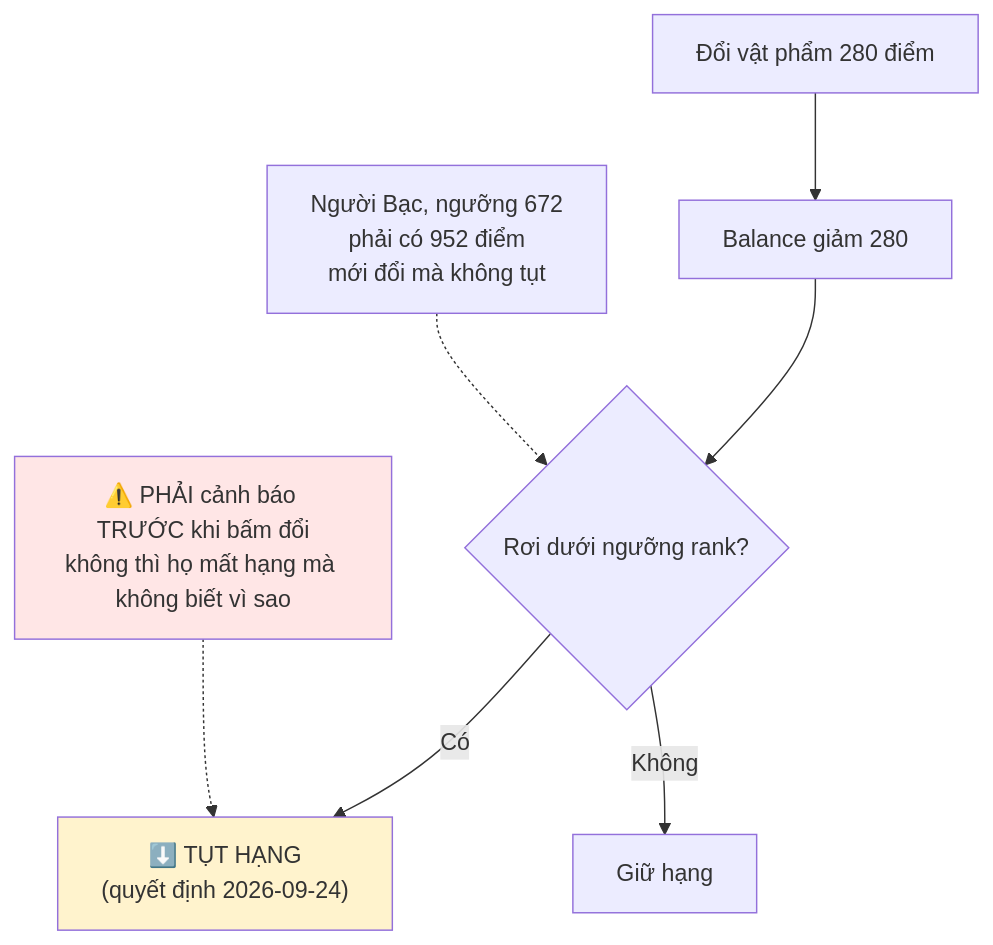
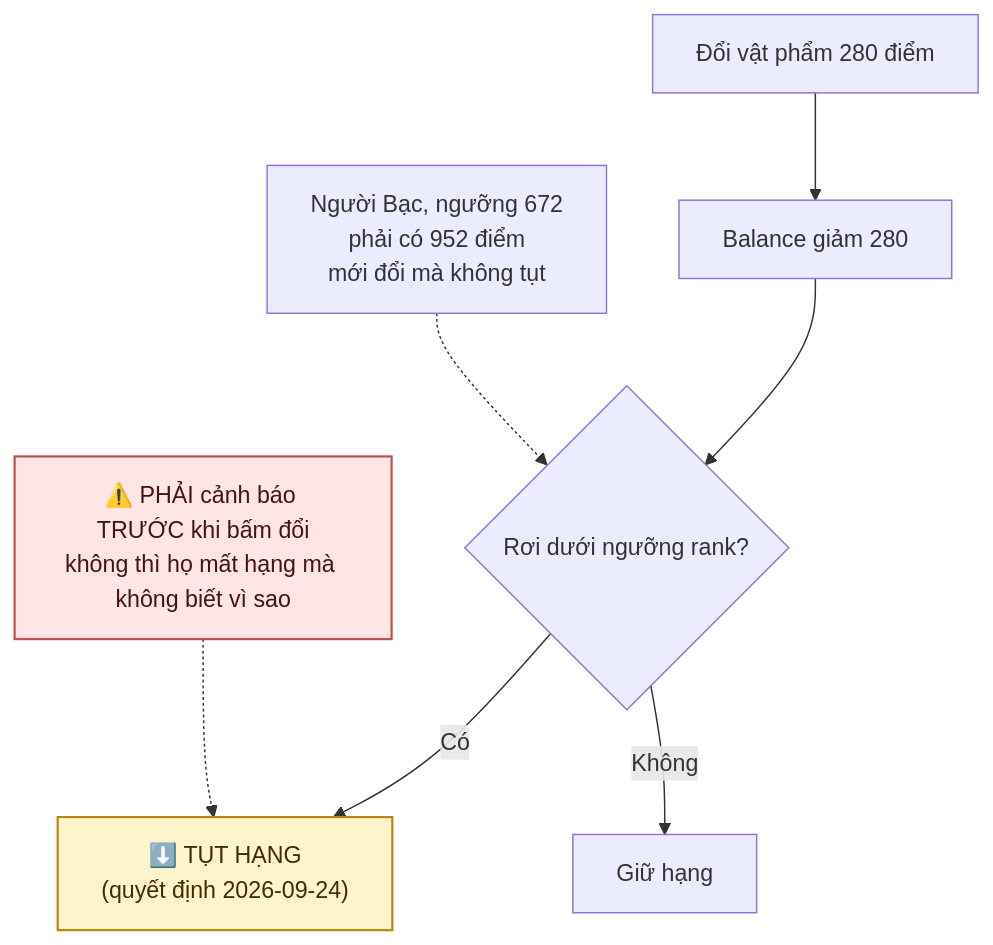
Before and after one commit to fdshn/trueheart: the fourth of 4 diagrams in docs/diagram/14-redemption.md, drawn with Mermaid. The commit also changed other lines of this file and 30 other files, not shown here.

First line of the commit message:
docs(diagram): chữ trong khối tô màu đọc được ở cả giao diện sáng và tối

````diff
--- a/docs/diagram/14-redemption.md
+++ b/docs/diagram/14-redemption.md
@@ -119,13 +119,13 @@
 ```mermaid
 flowchart TD
     A[Đổi vật phẩm 280 điểm] --> B[Balance giảm 280]
     B --> C{Rơi dưới ngưỡng rank?}
     C -->|Có| D["⬇️ TỤT HẠNG<br/>(quyết định 2026-09-24)"]
     C -->|Không| E[Giữ hạng]
 
     F["Người Bạc, ngưỡng 672<br/>phải có 952 điểm<br/>mới đổi mà không tụt"] -.-> C
     G["⚠️ PHẢI cảnh báo TRƯỚC khi bấm đổi<br/>không thì họ mất hạng mà không biết vì sao"] -.-> D
 
-    style D fill:#fff3cd
-    style G fill:#ffe6e6
+    style D fill:#fff3cd,stroke:#b8860b,stroke-width:1.5px,color:#3d2f00
+    style G fill:#ffe6e6,stroke:#c0504d,stroke-width:1.5px,color:#4a1210
 ```
````
